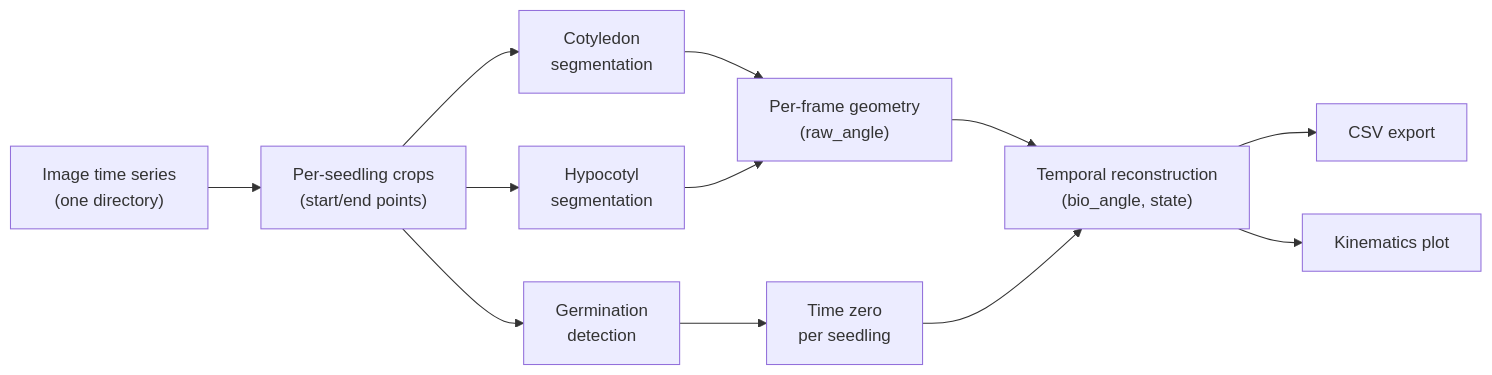
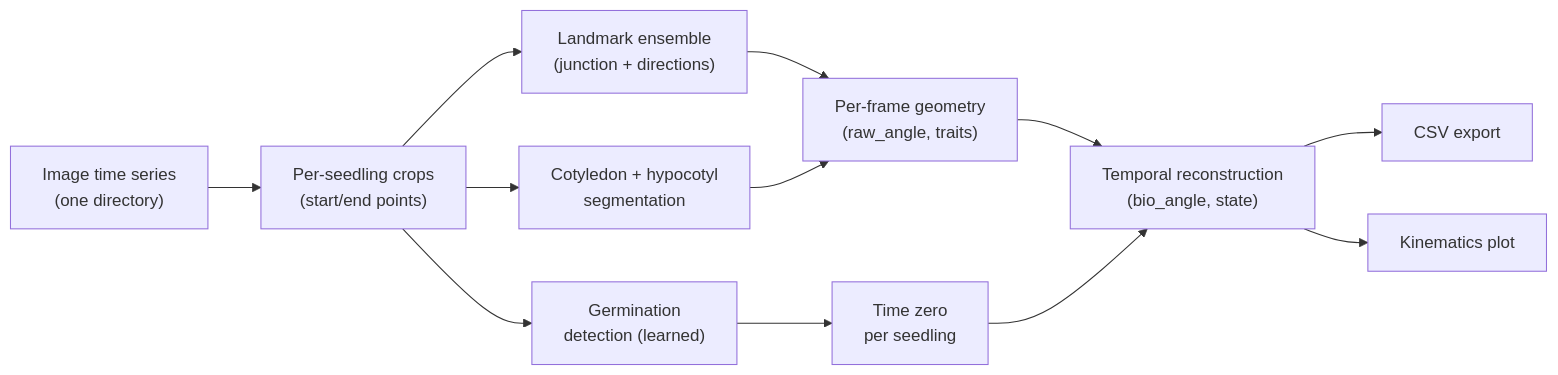
Before and after one commit to SRobertGroup/DLhook: the diagram in README.md, drawn with Mermaid. The commit also changed other lines of this file and 74 other files, not shown here.

````diff
--- a/README.md
+++ b/README.md
@@ -31,14 +31,14 @@
 ```mermaid
 flowchart LR
     A["Image time series\n(one directory)"] --> B["Per-seedling crops\n(start/end points)"]
-    B --> C1["Cotyledon\nsegmentation"]
-    B --> C2["Hypocotyl\nsegmentation"]
-    B --> C3["Germination\ndetection"]
-    C1 --> D["Per-frame geometry\n(raw_angle)"]
-    C2 --> D
+    B --> C1["Cotyledon + hypocotyl\nsegmentation"]
+    B --> C2["Landmark ensemble\n(junction + directions)"]
+    B --> C3["Germination\ndetection (learned)"]
+    C2 --> D["Per-frame geometry\n(raw_angle, traits)"]
+    C1 --> D
     C3 --> E["Time zero\nper seedling"]
     D --> F["Temporal reconstruction\n(bio_angle, state)"]
     E --> F
     F --> G["CSV export"]
     F --> H["Kinematics plot"]
 ```
````
